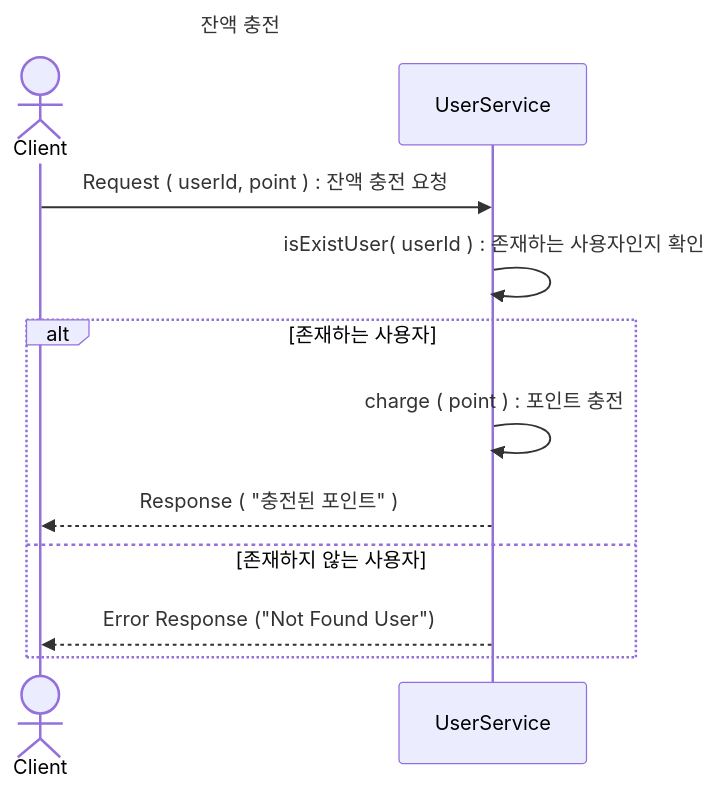
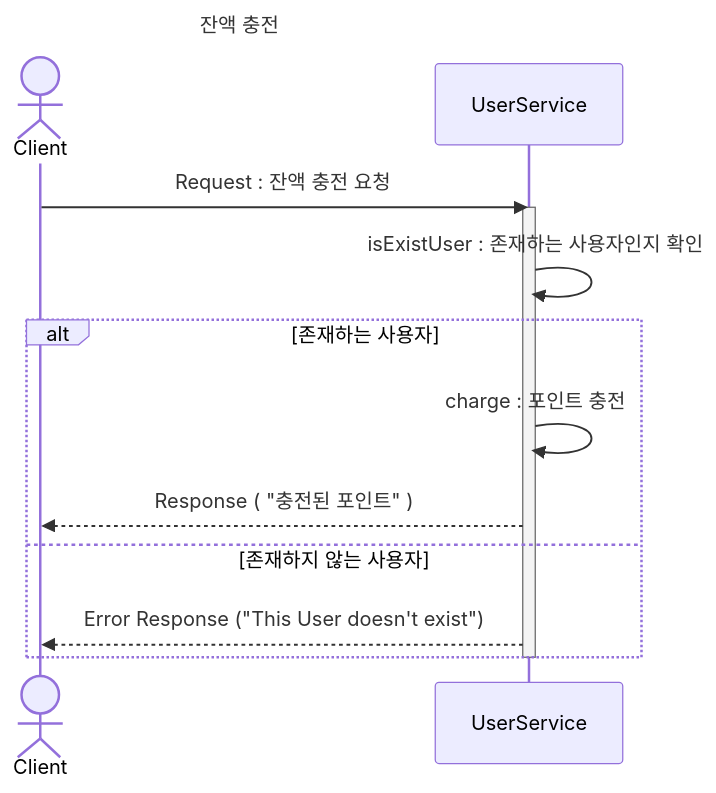
One commit to GustavEiffels/hhplus_server_build changed the diagram in design/sequence_diagram/잔액_충전_API.md. Above: the diagram before and after it, drawn with Mermaid. The commit also changed 8 other files, not shown here.

Commit message:
[fix] 문서 수정 : sequece diagram

````diff
--- a/design/sequence_diagram/잔액_충전_API.md
+++ b/design/sequence_diagram/잔액_충전_API.md
@@ -1,22 +1,25 @@
 ```mermaid
 ---
 title: 잔액 충전 
 ---
 sequenceDiagram
     Actor cl as Client
     participant us as UserService
     
-    cl->> us : Request ( userId, point ) : 잔액 충전 요청 
-    us->> us : isExistUser( userId ) : 존재하는 사용자인지 확인 
+    cl->> us : Request  : 잔액 충전 요청 
+    activate us
+    us->> us : isExistUser : 존재하는 사용자인지 확인 
 
     alt 존재하는 사용자
-        us->>us : charge ( point ) : 포인트 충전 
+        us->>us : charge : 포인트 충전 
         us-->>cl : Response ( "충전된 포인트" )
 
     else 존재하지 않는 사용자
-        us-->>cl : Error Response ("Not Found User")
+        us-->>cl : Error Response ("This User doesn't exist")
     end 
+
+    deactivate us
 
     
                    
 ```
````
